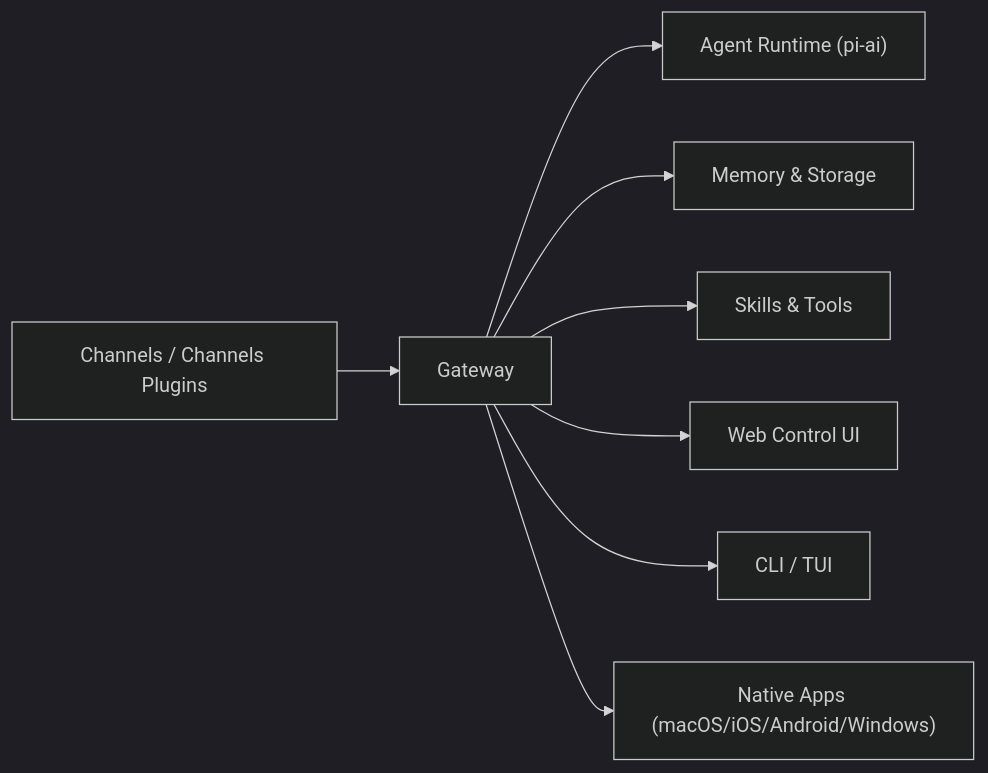
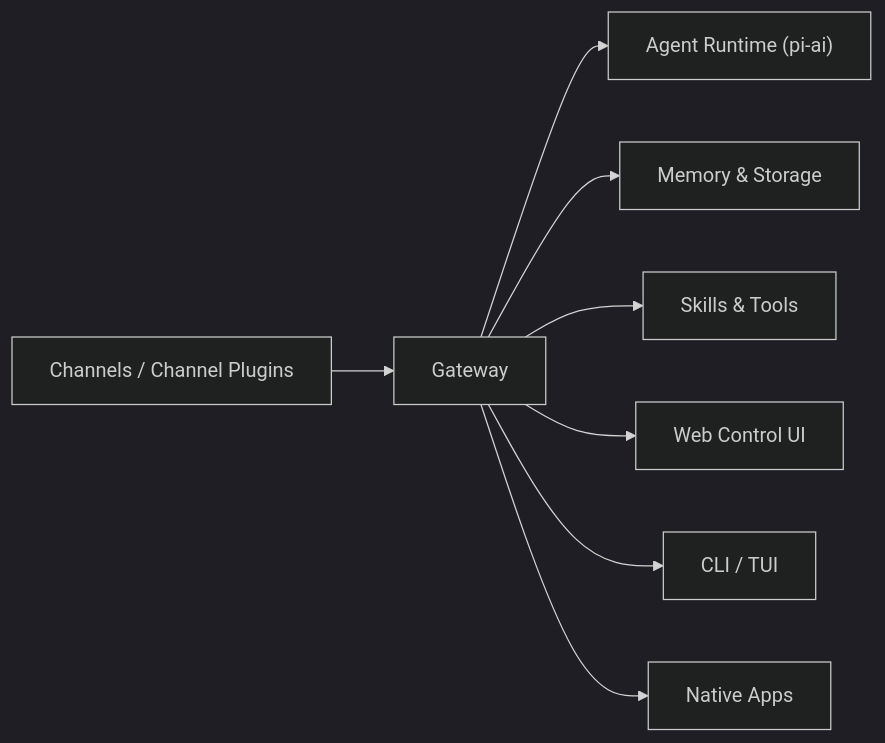
One commit to NJX-njx/opensoul changed the diagram in README.md. Above: the diagram before and after it, drawn with Mermaid (dark theme). The commit also changed other lines of this file and 1 other file, not shown here.

````diff
--- a/README.md
+++ b/README.md
@@ -80,10 +83,10 @@
 ```mermaid
 flowchart LR
-  A["Channels / Channels Plugins"] --> B["Gateway"]
+  A["Channels / Channel Plugins"] --> B["Gateway"]
   B --> C["Agent Runtime (pi-ai)"]
   B --> D["Memory & Storage"]
   B --> E["Skills & Tools"]
   B --> F["Web Control UI"]
   B --> G["CLI / TUI"]
-  B --> H["Native Apps (macOS/iOS/Android/Windows)"]
+  B --> H["Native Apps"]
 ```
````
